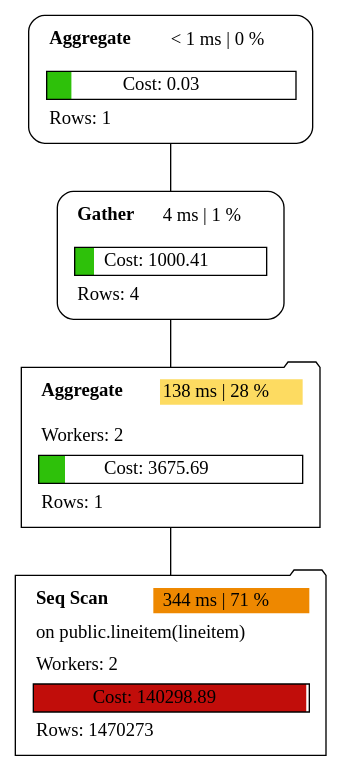
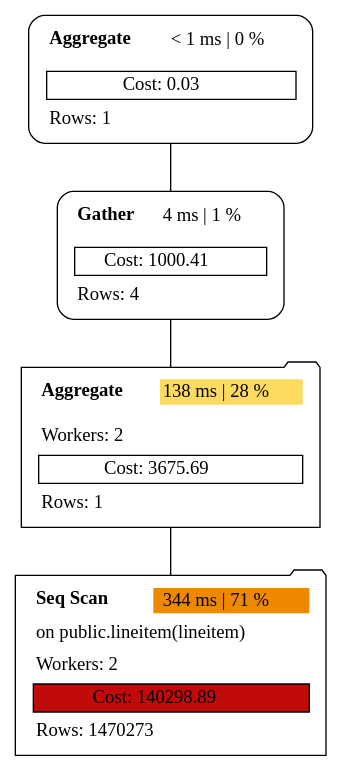
One commit to sanpii/explain changed the diagram in examples/plan_parallel.dot. Above: the diagram before and after it, drawn with Graphviz. The commit also changed 16 other files, not shown here.

```diff
--- a/examples/plan_parallel.dot
+++ b/examples/plan_parallel.dot
@@ -1,9 +1,9 @@
 graph explain {
-    node0[label=<<table border="0" cellborder="0" cellspacing="5"><tr><td align="left"><b>Aggregate</b></td><td>&lt; 1 ms | 0 %</td></tr><tr><td colspan="2" align="left"></td></tr><tr><td colspan="2" border="1" bgcolor="#2ec10a;0.10:white">Cost: 0.03</td></tr><tr><td colspan="2" align="left">Rows: 1</td></tr></table>>][style="rounded"][shape="box"];
-    node1[label=<<table border="0" cellborder="0" cellspacing="5"><tr><td align="left"><b>Gather</b></td><td bgcolor="white">4 ms | 1 %</td></tr><tr><td colspan="2" align="left"></td></tr><tr><td colspan="2" border="1" bgcolor="#2ec10a;0.10:white">Cost: 1000.41</td></tr><tr><td colspan="2" align="left">Rows: 4</td></tr></table>>][style="rounded"][shape="box"];
-    node2[label=<<table border="0" cellborder="0" cellspacing="5"><tr><td align="left"><b>Aggregate</b></td><td bgcolor="#fddb61">138 ms | 28 %</td></tr><tr><td colspan="2" align="left"></td></tr><tr><td colspan="2" align="left">Workers: 2</td></tr><tr><td colspan="2" border="1" bgcolor="#2ec10a;0.10:white">Cost: 3675.69</td></tr><tr><td colspan="2" align="left">Rows: 1</td></tr></table>>][style="rounded"][shape="folder"];
-    node3[label=<<table border="0" cellborder="0" cellspacing="5"><tr><td align="left"><b>Seq Scan</b></td><td bgcolor="#ee8800">344 ms | 71 %</td></tr><tr><td colspan="2" align="left">on public.lineitem(lineitem)</td></tr><tr><td colspan="2" align="left">Workers: 2</td></tr><tr><td colspan="2" border="1" bgcolor="#c10d0a;0.99:white">Cost: 140298.89</td></tr><tr><td colspan="2" align="left">Rows: 1470273</td></tr></table>>][style="rounded"][shape="folder"];
+    node0[label=<<table border="0" cellborder="0" cellspacing="5"><tr><td align="left"><b>Aggregate</b></td><td>&lt; 1 ms | 0 %</td></tr><tr><td colspan="2" align="left"></td></tr><tr><td colspan="2" border="1" >Cost: 0.03</td></tr><tr><td colspan="2" align="left">Rows: 1</td></tr></table>>][style="rounded"][shape="box"];
+    node1[label=<<table border="0" cellborder="0" cellspacing="5"><tr><td align="left"><b>Gather</b></td><td bgcolor="white">4 ms | 1 %</td></tr><tr><td colspan="2" align="left"></td></tr><tr><td colspan="2" border="1" >Cost: 1000.41</td></tr><tr><td colspan="2" align="left">Rows: 4</td></tr></table>>][style="rounded"][shape="box"];
+    node2[label=<<table border="0" cellborder="0" cellspacing="5"><tr><td align="left"><b>Aggregate</b></td><td bgcolor="#fddb61">138 ms | 28 %</td></tr><tr><td colspan="2" align="left"></td></tr><tr><td colspan="2" align="left">Workers: 2</td></tr><tr><td colspan="2" border="1" >Cost: 3675.69</td></tr><tr><td colspan="2" align="left">Rows: 1</td></tr></table>>][style="rounded"][shape="folder"];
+    node3[label=<<table border="0" cellborder="0" cellspacing="5"><tr><td align="left"><b>Seq Scan</b></td><td bgcolor="#ee8800">344 ms | 71 %</td></tr><tr><td colspan="2" align="left">on public.lineitem(lineitem)</td></tr><tr><td colspan="2" align="left">Workers: 2</td></tr><tr><td colspan="2" border="1" bgcolor="#c10a0a">Cost: 140298.89</td></tr><tr><td colspan="2" align="left">Rows: 1470273</td></tr></table>>][style="rounded"][shape="folder"];
     node0 -- node1[label=""];
     node1 -- node2[label=""];
     node2 -- node3[label=""];
 }
```
